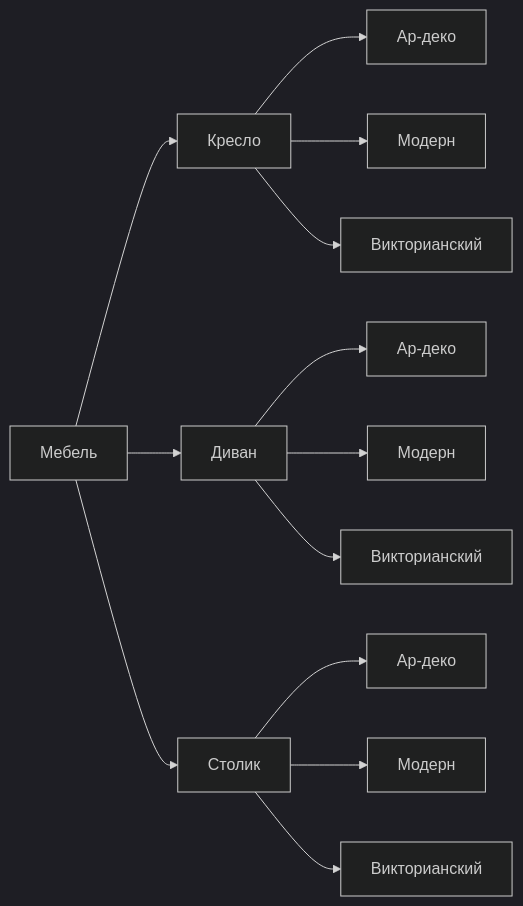
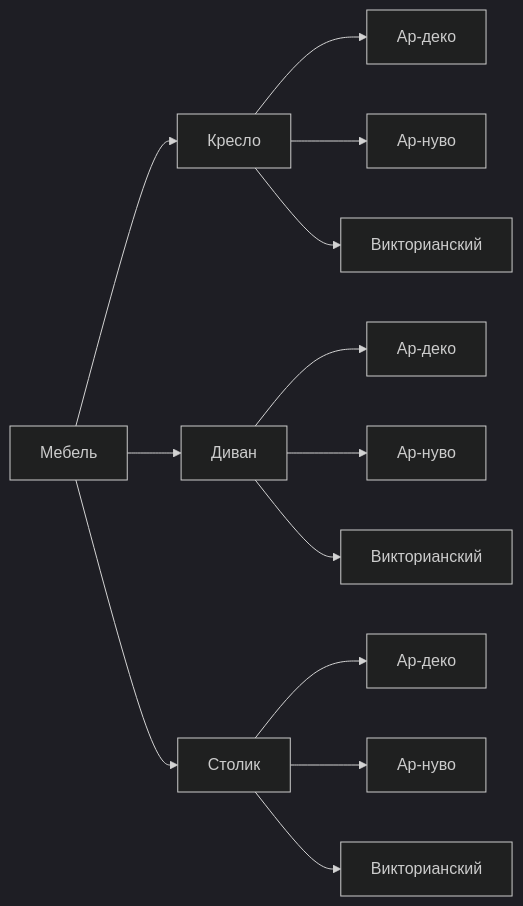
The first of 2 diagrams in Oop/6_creational_patterns/2_abstract_factory.md (Erofivan/ITMO-Lecture-Notes), drawn with Mermaid (dark theme) before and after one commit. The commit also changed other lines of this file and 4 other files, not shown here.

````diff
--- a/Oop/6_creational_patterns/2_abstract_factory.md
+++ b/Oop/6_creational_patterns/2_abstract_factory.md
@@ -407,18 +408,18 @@
 ```mermaid
 graph LR
     A[Мебель] --> B[Кресло]
     A --> C[Диван]
     A --> D[Столик]
     
     B --> B1[Ар-деко]
-    B --> B2[Модерн]
+    B --> B2[Ар-нуво]
     B --> B3[Викторианский]
     
     C --> C1[Ар-деко]
-    C --> C2[Модерн]
+    C --> C2[Ар-нуво]
     C --> C3[Викторианский]
     
     D --> D1[Ар-деко]
-    D --> D2[Модерн]
+    D --> D2[Ар-нуво]
     D --> D3[Викторианский]
 ```
````
